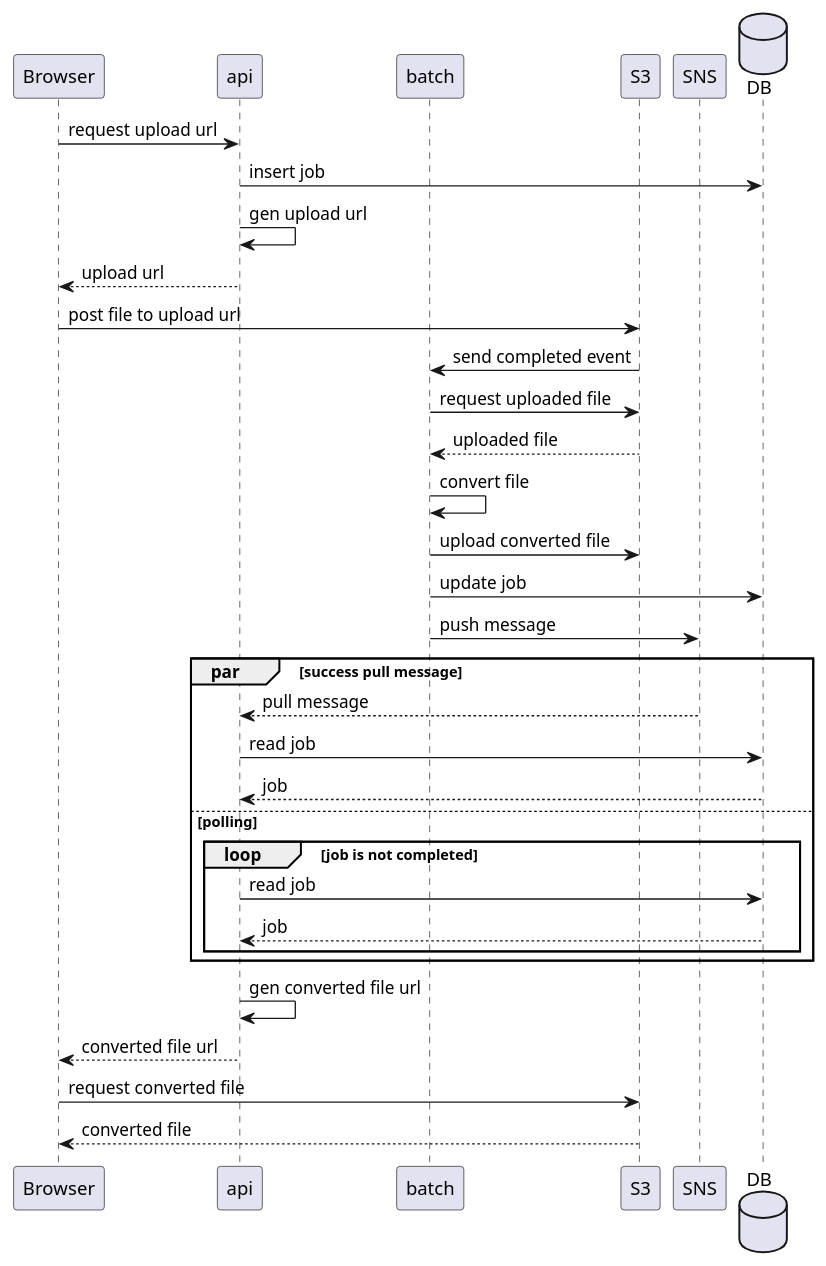
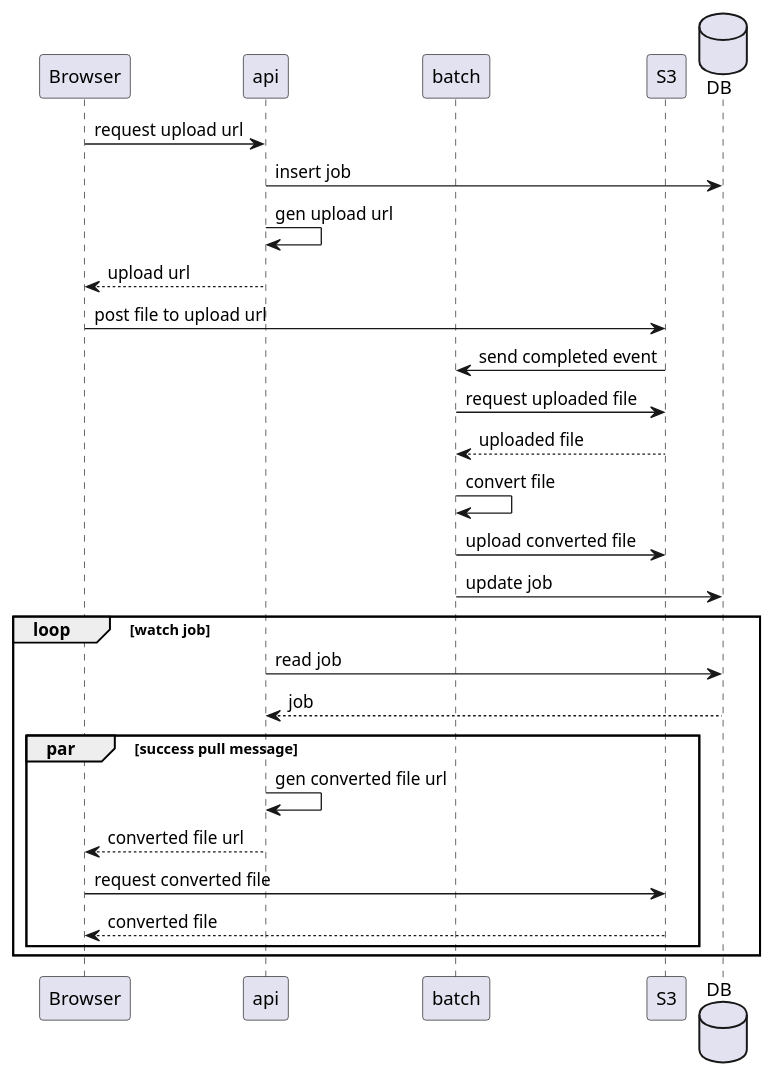
Before and after one commit to omnius-labs/docs: the diagram in content.ja/docs/projects/opxs/specifications/file-convert/sequence.puml, drawn with PlantUML. The commit also changed 1 other file, not shown here.

```diff
--- a/content.ja/docs/projects/opxs/specifications/file-convert/sequence.puml
+++ b/content.ja/docs/projects/opxs/specifications/file-convert/sequence.puml
@@ -1,40 +1,33 @@
 @startuml sequence
 
 participant Browser as browser
 participant api
 participant batch
 participant S3 as s3
-participant SNS as sns
 database DB as db
 
 browser -> api : request upload url
 api -> db : insert job
 api -> api : gen upload url
 api --> browser : upload url
 browser -> s3 : post file to upload url
 s3 -> batch : send completed event
 batch -> s3 : request uploaded file
 s3 --> batch : uploaded file
 batch -> batch : convert file
 batch -> s3 : upload converted file
 batch -> db : update job
-batch -> sns : push message
 
-par success pull message
-    sns --> api : pull message
+loop watch job
     api -> db : read job
     db --> api : job
-else polling
-    loop job is not completed
-        api -> db : read job
-        db --> api : job
+    par success pull message
+        api -> api : gen converted file url
+        api --> browser : converted file url
+
+        browser -> s3 : request converted file
+        s3 --> browser : converted file
     end
 end
 
-api -> api : gen converted file url
-api --> browser : converted file url
-
-browser -> s3 : request converted file
-s3 --> browser : converted file
-
 @enduml
```
